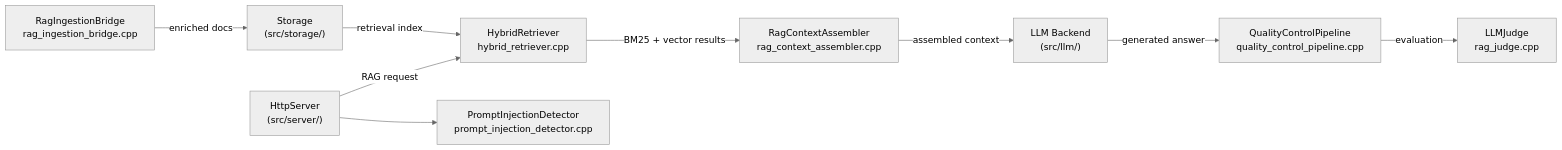
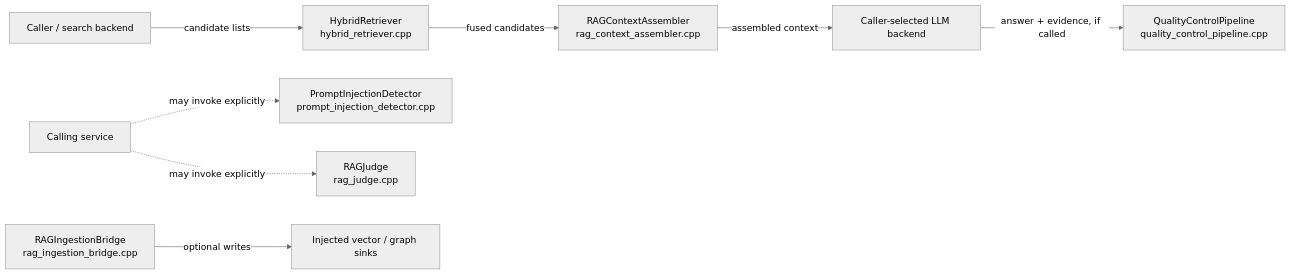
The diagram in src/rag/README.md (makr-code/ThemisDB), drawn with Mermaid (neutral theme) before and after one commit. The commit also changed other lines of this file and 15 other files, not shown here.

````diff
--- a/src/rag/README.md
+++ b/src/rag/README.md
@@ -106,11 +107,10 @@
 ```mermaid
 flowchart LR
-    Server["HttpServer\n(src/server/)"] -->|"RAG request"| HR["HybridRetriever\nhybrid_retriever.cpp"]
-    Server --> PID["PromptInjectionDetector\nprompt_injection_detector.cpp"]
-    HR -->|"BM25 + vector results"| CA["RagContextAssembler\nrag_context_assembler.cpp"]
-    CA -->|"assembled context"| LLM["LLM Backend\n(src/llm/)"]
-    LLM -->|"generated answer"| QCP["QualityControlPipeline\nquality_control_pipeline.cpp"]
-    QCP -->|"evaluation"| Judge["LLMJudge\nrag_judge.cpp"]
-    IB["RagIngestionBridge\nrag_ingestion_bridge.cpp"] -->|"enriched docs"| Storage["Storage\n(src/storage/)"]
-    Storage -->|"retrieval index"| HR
+    Search["Caller / search backend"] -->|"candidate lists"| HR["HybridRetriever\nhybrid_retriever.cpp"]
+    HR -->|"fused candidates"| CA["RAGContextAssembler\nrag_context_assembler.cpp"]
+    CA -->|"assembled context"| LLM["Caller-selected LLM backend"]
+    LLM -->|"answer + evidence, if called"| QCP["QualityControlPipeline\nquality_control_pipeline.cpp"]
+    Caller["Calling service"] -. "may invoke explicitly" .-> PID["PromptInjectionDetector\nprompt_injection_detector.cpp"]
+    Caller -. "may invoke explicitly" .-> Judge["RAGJudge\nrag_judge.cpp"]
+    IB["RAGIngestionBridge\nrag_ingestion_bridge.cpp"] -->|"optional writes"| Sinks["Injected vector / graph sinks"]
 ```
````
